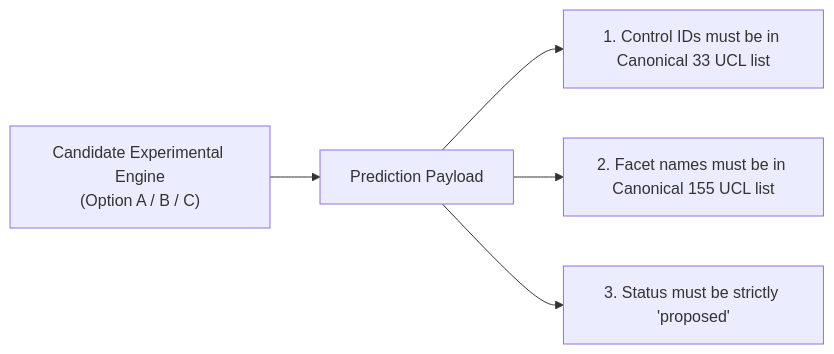
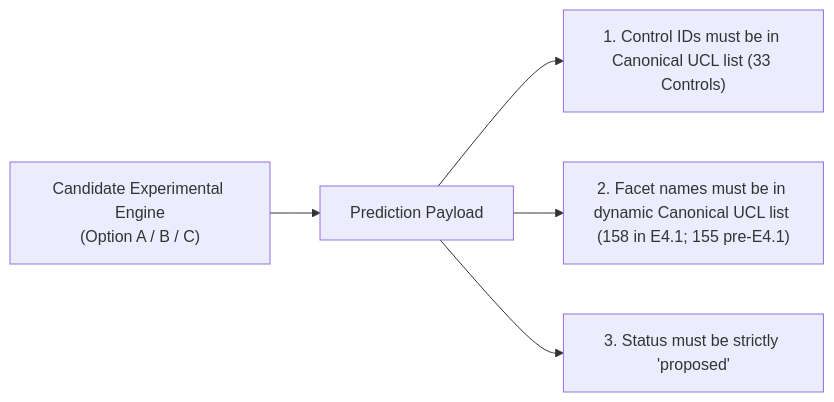
One commit to VivianFuVivianFu/DeepAuditCrossWalk changed the second of 2 diagrams in P1B0_CANONICAL_TAXONOMY_ALIGNMENT.md. Above: the diagram before and after it, drawn with Mermaid. The commit also changed other lines of this file and 44 other files, not shown here.

````diff
--- a/P1B0_CANONICAL_TAXONOMY_ALIGNMENT.md
+++ b/P1B0_CANONICAL_TAXONOMY_ALIGNMENT.md
@@ -108,8 +108,8 @@
 ```mermaid
 flowchart LR
     Engine["Candidate Experimental Engine<br>(Option A / B / C)"]
     Engine --> Output["Prediction Payload"]
-    Output --> Check1["1. Control IDs must be in Canonical 33 UCL list"]
-    Output --> Check2["2. Facet names must be in Canonical 155 UCL list"]
+    Output --> Check1["1. Control IDs must be in Canonical UCL list (33 Controls)"]
+    Output --> Check2["2. Facet names must be in dynamic Canonical UCL list (158 in E4.1; 155 pre-E4.1)"]
     Output --> Check3["3. Status must be strictly 'proposed'"]
 ```
````
